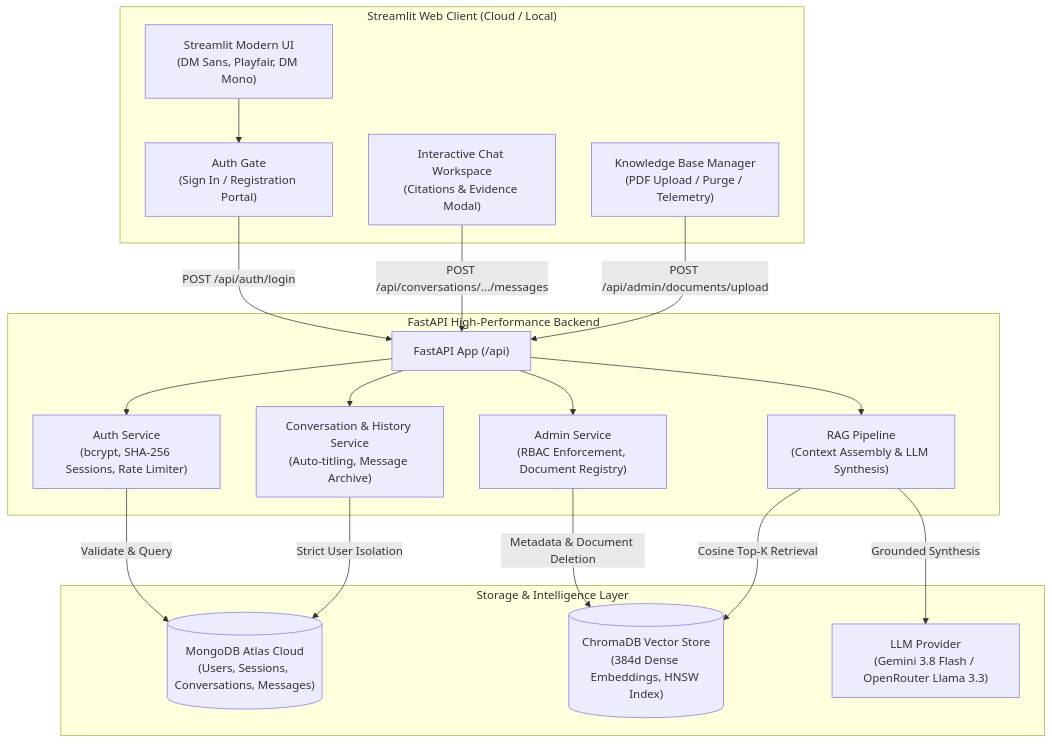
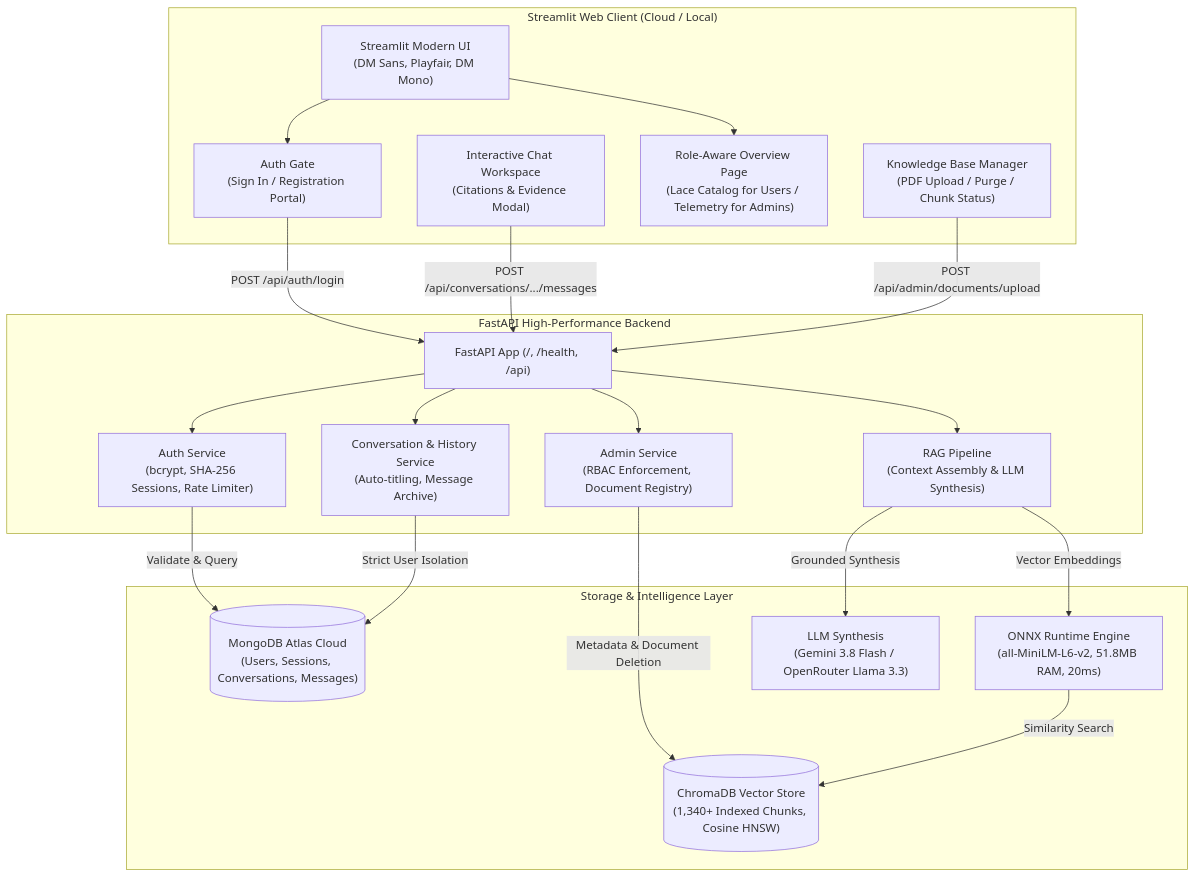
Before and after one commit to krushang15THECODER/Textile-RAG-Assistant: the diagram in README.md, drawn with Mermaid. The commit also changed other lines of this file, not shown here.

Commit message:
docs: update README with broader audience intro, ONNX engine specs, and latest platform capabilities

````diff
--- a/README.md
+++ b/README.md
@@ -21,39 +21,43 @@
 ```mermaid
 flowchart TD
     subgraph Frontend["Streamlit Web Client (Cloud / Local)"]
         UI["Streamlit Modern UI\n(DM Sans, Playfair, DM Mono)"]
         AUTH_UI["Auth Gate\n(Sign In / Registration Portal)"]
         CHAT_UI["Interactive Chat Workspace\n(Citations & Evidence Modal)"]
-        ADMIN_UI["Knowledge Base Manager\n(PDF Upload / Purge / Telemetry)"]
+        OVERVIEW_UI["Role-Aware Overview Page\n(Lace Catalog for Users / Telemetry for Admins)"]
+        ADMIN_UI["Knowledge Base Manager\n(PDF Upload / Purge / Chunk Status)"]
     end
 
     subgraph Backend["FastAPI High-Performance Backend"]
-        API["FastAPI App (/api)"]
+        API["FastAPI App (/, /health, /api)"]
         AUTH_SVC["Auth Service\n(bcrypt, SHA-256 Sessions, Rate Limiter)"]
         CONV_SVC["Conversation & History Service\n(Auto-titling, Message Archive)"]
         ADMIN_SVC["Admin Service\n(RBAC Enforcement, Document Registry)"]
         RAG_SVC["RAG Pipeline\n(Context Assembly & LLM Synthesis)"]
     end
 
     subgraph DataLayer["Storage & Intelligence Layer"]
         MONGO[("MongoDB Atlas Cloud\n(Users, Sessions, Conversations, Messages)")]
-        CHROMA[("ChromaDB Vector Store\n(384d Dense Embeddings, HNSW Index)")]
-        LLM["LLM Provider\n(Gemini 3.8 Flash / OpenRouter Llama 3.3)"]
+        ONNX["ONNX Runtime Engine\n(all-MiniLM-L6-v2, 51.8MB RAM, 20ms)"]
+        CHROMA[("ChromaDB Vector Store\n(1,340+ Indexed Chunks, Cosine HNSW)")]
+        LLM["LLM Synthesis\n(Gemini 3.8 Flash / OpenRouter Llama 3.3)"]
     end
 
     UI --> AUTH_UI
+    UI --> OVERVIEW_UI
     AUTH_UI -->|POST /api/auth/login| API
     CHAT_UI -->|POST /api/conversations/.../messages| API
     ADMIN_UI -->|POST /api/admin/documents/upload| API
 
     API --> AUTH_SVC
     API --> CONV_SVC
     API --> ADMIN_SVC
     API --> RAG_SVC
 
     AUTH_SVC -->|Validate & Query| MONGO
     CONV_SVC -->|Strict User Isolation| MONGO
     ADMIN_SVC -->|Metadata & Document Deletion| CHROMA
-    RAG_SVC -->|Cosine Top-K Retrieval| CHROMA
+    RAG_SVC -->|Vector Embeddings| ONNX
+    ONNX -->|Similarity Search| CHROMA
     RAG_SVC -->|Grounded Synthesis| LLM
 ```
````
